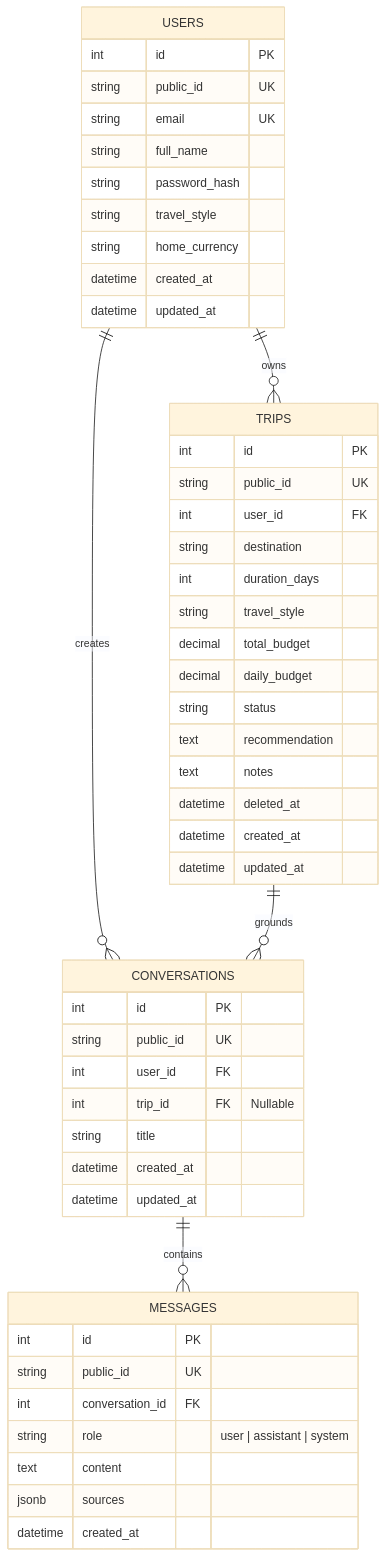
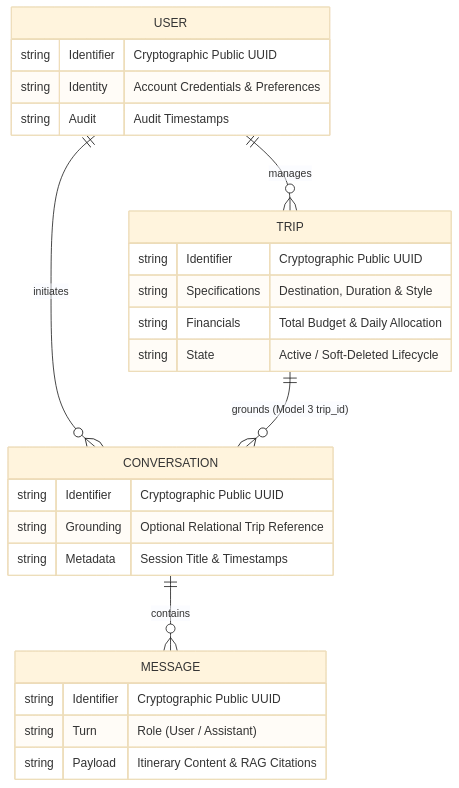
One commit to ignasiusadhitia/kelana-ai changed the second of 2 diagrams in README.md. Above: the diagram before and after it, drawn with Mermaid (base theme). The commit also changed other lines of this file, not shown here.

Commit message:
security(docs): abstract database schema into high-level conceptual domain model

````diff
--- a/README.md
+++ b/README.md
@@ -118,56 +120,32 @@
 ```mermaid
 erDiagram
-    USERS ||--o{ TRIPS : "owns"
-    USERS ||--o{ CONVERSATIONS : "creates"
-    TRIPS ||--o{ CONVERSATIONS : "grounds"
-    CONVERSATIONS ||--o{ MESSAGES : "contains"
+    USER ||--o{ TRIP : "manages"
+    USER ||--o{ CONVERSATION : "initiates"
+    TRIP ||--o{ CONVERSATION : "grounds (Model 3 trip_id)"
+    CONVERSATION ||--o{ MESSAGE : "contains"
 
-    USERS {
-        int id PK
-        string public_id UK
-        string email UK
-        string full_name
-        string password_hash
-        string travel_style
-        string home_currency
-        datetime created_at
-        datetime updated_at
+    USER {
+        string Identifier "Cryptographic Public UUID"
+        string Identity "Account Credentials & Preferences"
+        string Audit "Audit Timestamps"
     }
 
-    TRIPS {
-        int id PK
-        string public_id UK
-        int user_id FK
-        string destination
-        int duration_days
-        string travel_style
-        decimal total_budget
-        decimal daily_budget
-        string status
-        text recommendation
-        text notes
-        datetime deleted_at
-        datetime created_at
-        datetime updated_at
+    TRIP {
+        string Identifier "Cryptographic Public UUID"
+        string Specifications "Destination, Duration & Style"
+        string Financials "Total Budget & Daily Allocation"
+        string State "Active / Soft-Deleted Lifecycle"
     }
 
-    CONVERSATIONS {
-        int id PK
-        string public_id UK
-        int user_id FK
-        int trip_id FK "Nullable"
-        string title
-        datetime created_at
-        datetime updated_at
+    CONVERSATION {
+        string Identifier "Cryptographic Public UUID"
+        string Grounding "Optional Relational Trip Reference"
+        string Metadata "Session Title & Timestamps"
     }
 
-    MESSAGES {
-        int id PK
-        string public_id UK
-        int conversation_id FK
-        string role "user | assistant | system"
-        text content
-        jsonb sources
-        datetime created_at
+    MESSAGE {
+        string Identifier "Cryptographic Public UUID"
+        string Turn "Role (User / Assistant)"
+        string Payload "Itinerary Content & RAG Citations"
     }
 ```
````
